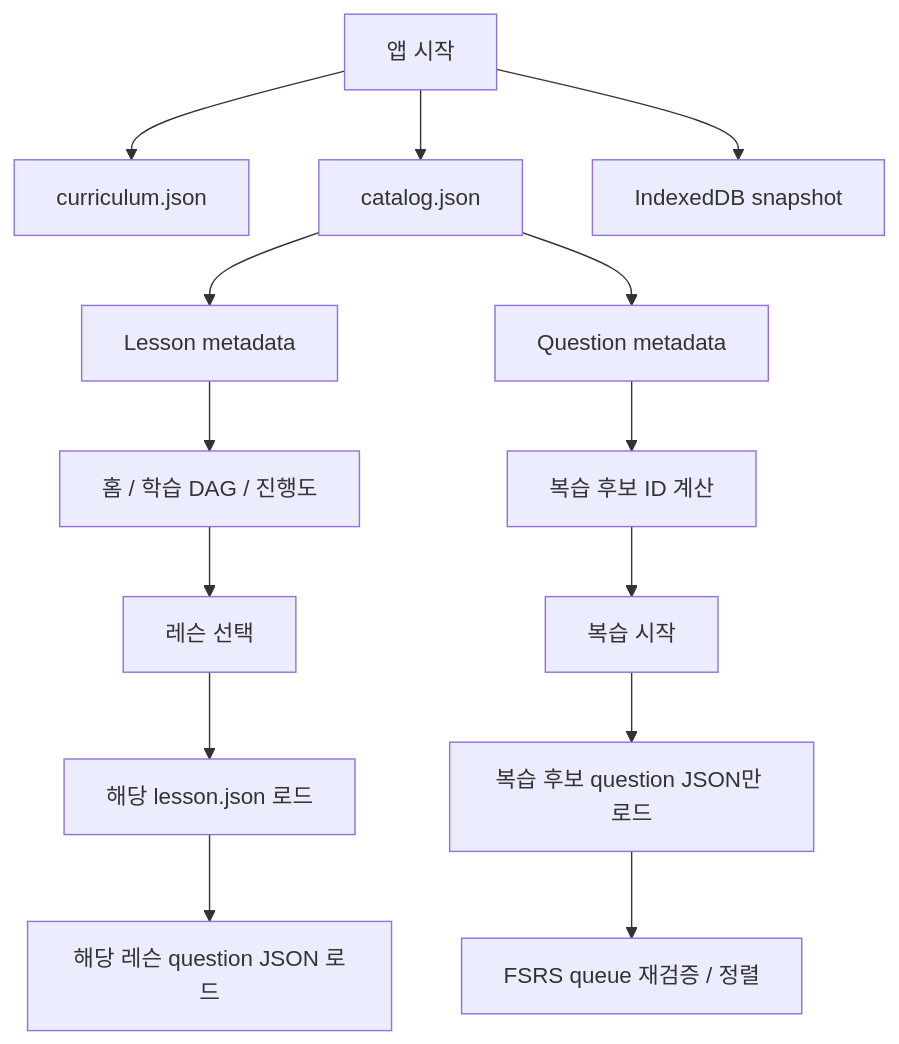
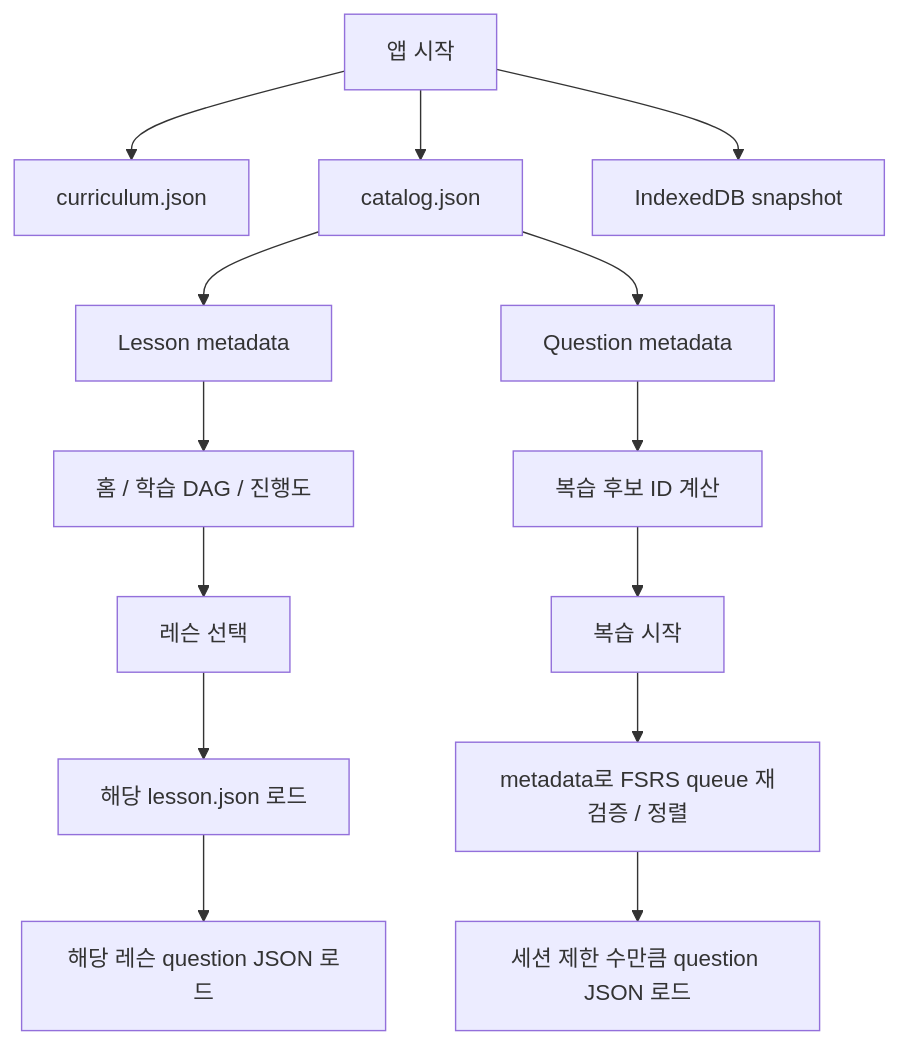
The diagram in docs/CONTENT_LOADING.md (highlow12/Beaura), drawn with Mermaid before and after one commit. The commit also changed other lines of this file and 5 other files, not shown here.

````diff
--- a/docs/CONTENT_LOADING.md
+++ b/docs/CONTENT_LOADING.md
@@ -5,16 +5,16 @@
 ```mermaid
 flowchart TD
     A[앱 시작] --> B[curriculum.json]
     A --> C[catalog.json]
     A --> D[IndexedDB snapshot]
     C --> E[Lesson metadata]
     C --> F[Question metadata]
     E --> G[홈 / 학습 DAG / 진행도]
     F --> H[복습 후보 ID 계산]
     G --> I[레슨 선택]
     I --> J[해당 lesson.json 로드]
     J --> K[해당 레슨 question JSON 로드]
     H --> L[복습 시작]
-    L --> M[복습 후보 question JSON만 로드]
-    M --> N[FSRS queue 재검증 / 정렬]
+    L --> M[metadata로 FSRS queue 재검증 / 정렬]
+    M --> N[세션 제한 수만큼 question JSON 로드]
 ```
````
